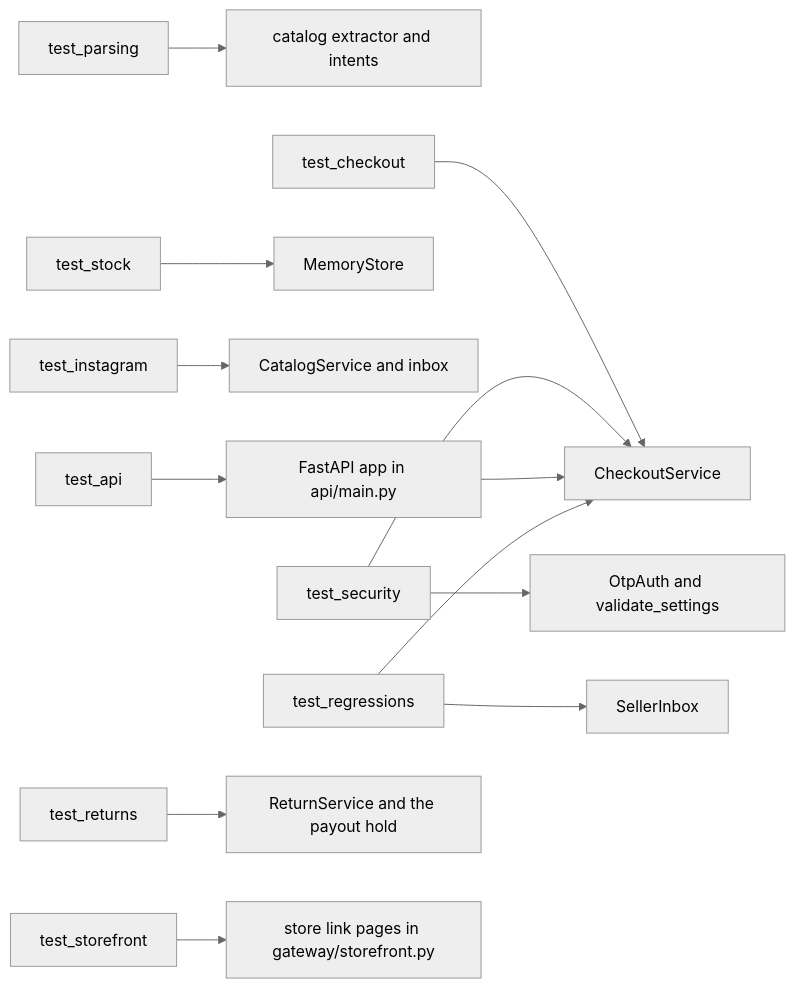
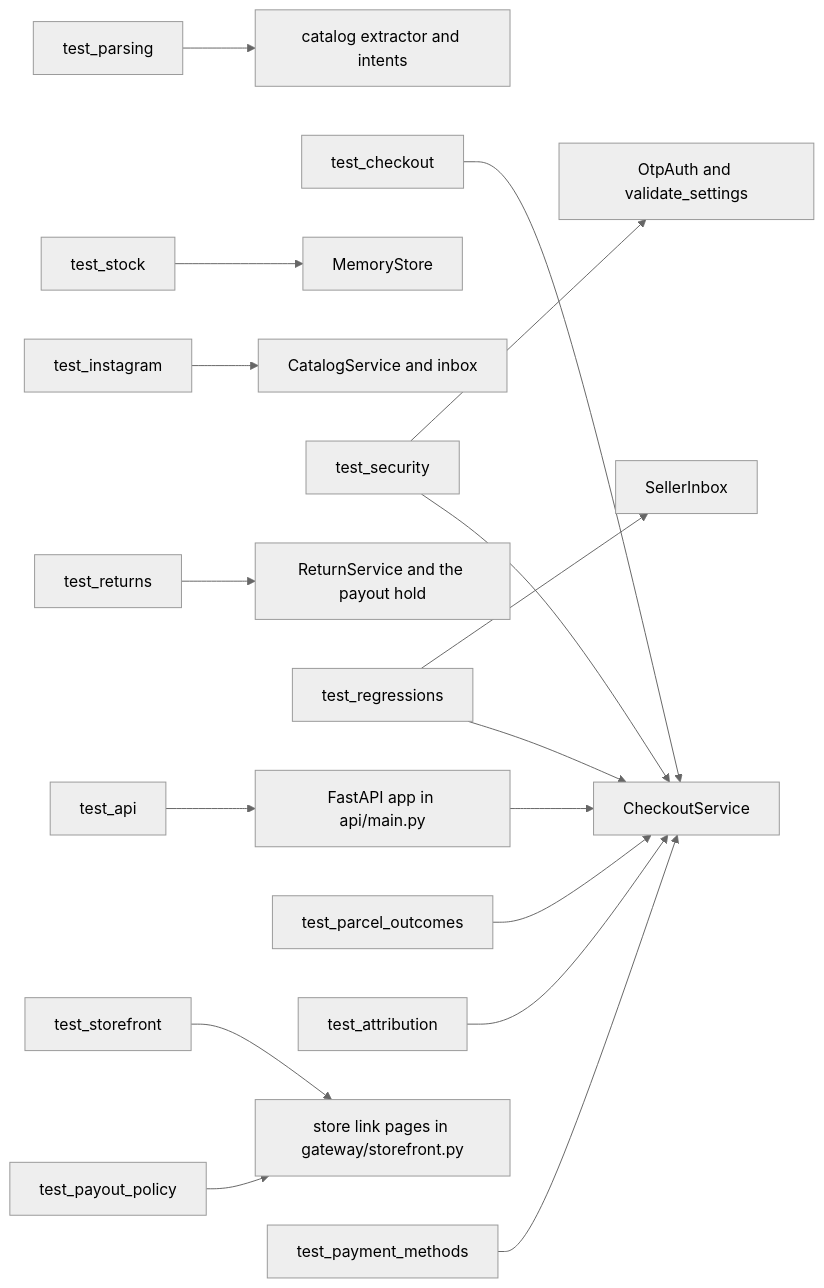
One commit to galihsatriawan/etalase changed the diagram in learn/ship/testing.md. Above: the diagram before and after it, drawn with Mermaid (neutral theme). The commit also changed other lines of this file and 50 other files, not shown here.

First line of the commit message:
Add order attribution, parcel outcomes, a published payout policy and a QRIS-only decision

````diff
--- a/learn/ship/testing.md
+++ b/learn/ship/testing.md
@@ -53,15 +57,19 @@
 ```mermaid
 flowchart LR
   P[test_parsing] --> X[catalog extractor and intents]
   K[test_checkout] --> C[CheckoutService]
   S[test_stock] --> M[MemoryStore]
   I[test_instagram] --> CS[CatalogService and inbox]
   SEC[test_security] --> C
   SEC --> AU[OtpAuth and validate_settings]
   A[test_api] --> F[FastAPI app in api/main.py]
   F --> C
   R[test_regressions] --> C
   R --> IN[SellerInbox]
   RET[test_returns] --> RS[ReturnService and the payout hold]
+  PO[test_parcel_outcomes] --> C
+  AT[test_attribution] --> C
+  PP[test_payout_policy] --> PG
+  PM[test_payment_methods] --> C
   SF[test_storefront] --> PG[store link pages in gateway/storefront.py]
 ```
````
